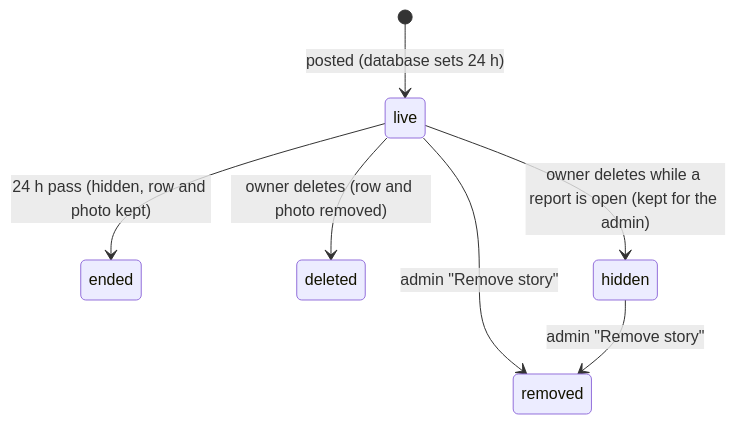
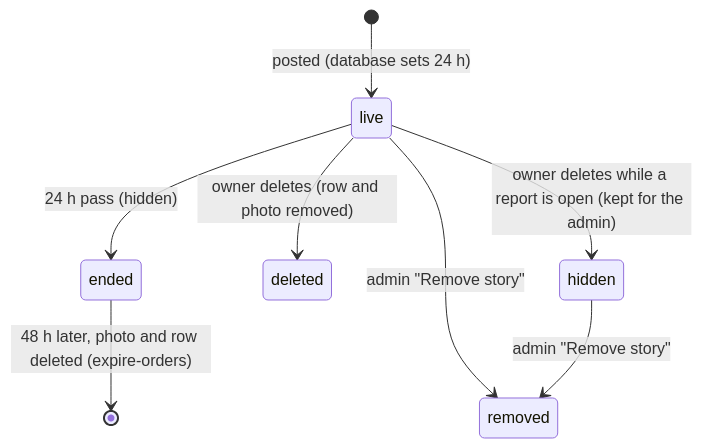
Before and after one commit to tangaza360-max/unipicks: the eighth of 10 diagrams in docs/architecture/04-lifecycles.md, drawn with Mermaid. The commit also changed other lines of this file and 10 other files, not shown here.

````diff
--- a/docs/architecture/04-lifecycles.md
+++ b/docs/architecture/04-lifecycles.md
@@ -120,9 +120,10 @@
 ```mermaid
 stateDiagram-v2
   [*] --> live: posted (database sets 24 h)
-  live --> ended: 24 h pass (hidden, row and photo kept)
+  live --> ended: 24 h pass (hidden)
+  ended --> [*]: 48 h later, photo and row deleted (expire-orders)
   live --> deleted: owner deletes (row and photo removed)
   live --> hidden: owner deletes while a report is open (kept for the admin)
   live --> removed: admin "Remove story"
   hidden --> removed: admin "Remove story"
 ```
````
